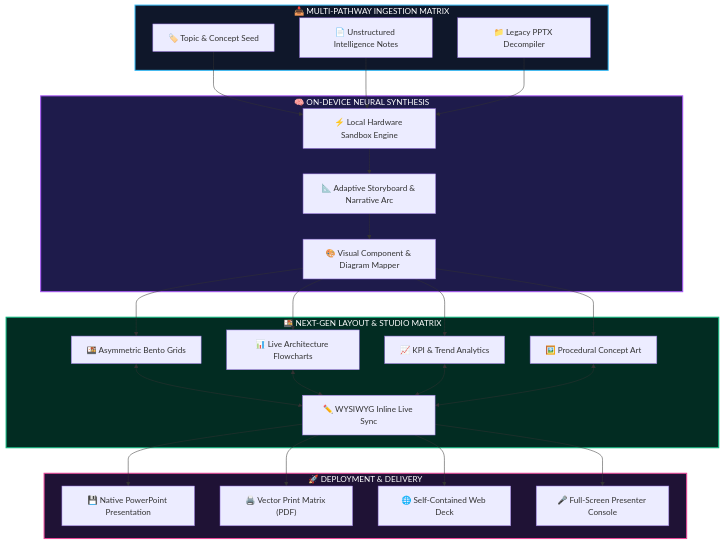
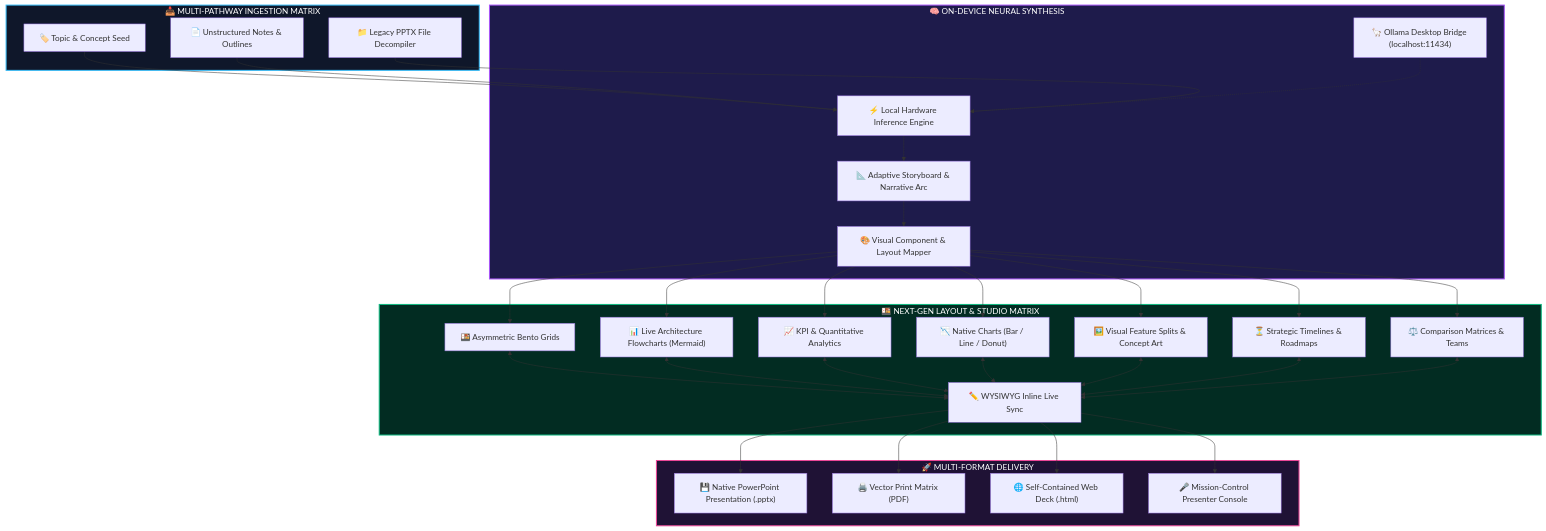
The diagram in README.md (IKnowU27735300/SlideGen.AI), drawn with Mermaid before and after one commit. The commit also changed other lines of this file, not shown here.

````diff
--- a/README.md
+++ b/README.md
@@ -45,53 +48,61 @@
 ```mermaid
 flowchart TD
     subgraph INGESTION["📥 MULTI-PATHWAY INGESTION MATRIX"]
         T["🏷️ Topic & Concept Seed"]
-        N["📄 Unstructured Intelligence Notes"]
-        P["📁 Legacy PPTX Decompiler"]
+        N["📄 Unstructured Notes & Outlines"]
+        P["📁 Legacy PPTX File Decompiler"]
     end
 
     subgraph NEURAL_CORE["🧠 ON-DEVICE NEURAL SYNTHESIS"]
-        A["⚡ Local Hardware Sandbox Engine"]
+        A["⚡ Local Hardware Inference Engine"]
         S["📐 Adaptive Storyboard & Narrative Arc"]
-        V["🎨 Visual Component & Diagram Mapper"]
+        V["🎨 Visual Component & Layout Mapper"]
+        O["🦙 Ollama Desktop Bridge (localhost:11434)"]
     end
 
     subgraph VISUAL_STUDIO["🍱 NEXT-GEN LAYOUT & STUDIO MATRIX"]
         B["🍱 Asymmetric Bento Grids"]
-        D["📊 Live Architecture Flowcharts"]
-        K["📈 KPI & Trend Analytics"]
-        I["🖼️ Procedural Concept Art"]
+        D["📊 Live Architecture Flowcharts (Mermaid)"]
+        K["📈 KPI & Quantitative Analytics"]
+        C["📉 Native Charts (Bar / Line / Donut)"]
+        I["🖼️ Visual Feature Splits & Concept Art"]
+        L["⏳ Strategic Timelines & Roadmaps"]
+        M["⚖️ Comparison Matrices & Teams"]
         W["✏️ WYSIWYG Inline Live Sync"]
     end
 
-    subgraph EXPORT["🚀 DEPLOYMENT & DELIVERY"]
-        PPT["💾 Native PowerPoint Presentation"]
+    subgraph EXPORT["🚀 MULTI-FORMAT DELIVERY"]
+        PPT["💾 Native PowerPoint Presentation (.pptx)"]
         PDF["🖨️ Vector Print Matrix (PDF)"]
-        HTML["🌐 Self-Contained Web Deck"]
-        PRES["🎤 Full-Screen Presenter Console"]
+        HTML["🌐 Self-Contained Web Deck (.html)"]
+        PRES["🎤 Mission-Control Presenter Console"]
     end
 
     T --> A
     N --> A
     P --> A
+    O -.-> A
 
     A --> S
     S --> V
 
     V --> B
     V --> D
     V --> K
+    V --> C
     V --> I
+    V --> L
+    V --> M
 
-    B & D & K & I <--> W
+    B & D & K & C & I & L & M <--> W
 
     W --> PPT
     W --> PDF
     W --> HTML
     W --> PRES
 
     style INGESTION fill:#0f172a,stroke:#38bdf8,stroke-width:2px,color:#fff
     style NEURAL_CORE fill:#1e1b4b,stroke:#a855f7,stroke-width:2px,color:#fff
     style VISUAL_STUDIO fill:#022c22,stroke:#10b981,stroke-width:2px,color:#fff
     style EXPORT fill:#1f1235,stroke:#ec4899,stroke-width:2px,color:#fff
 ```
````
